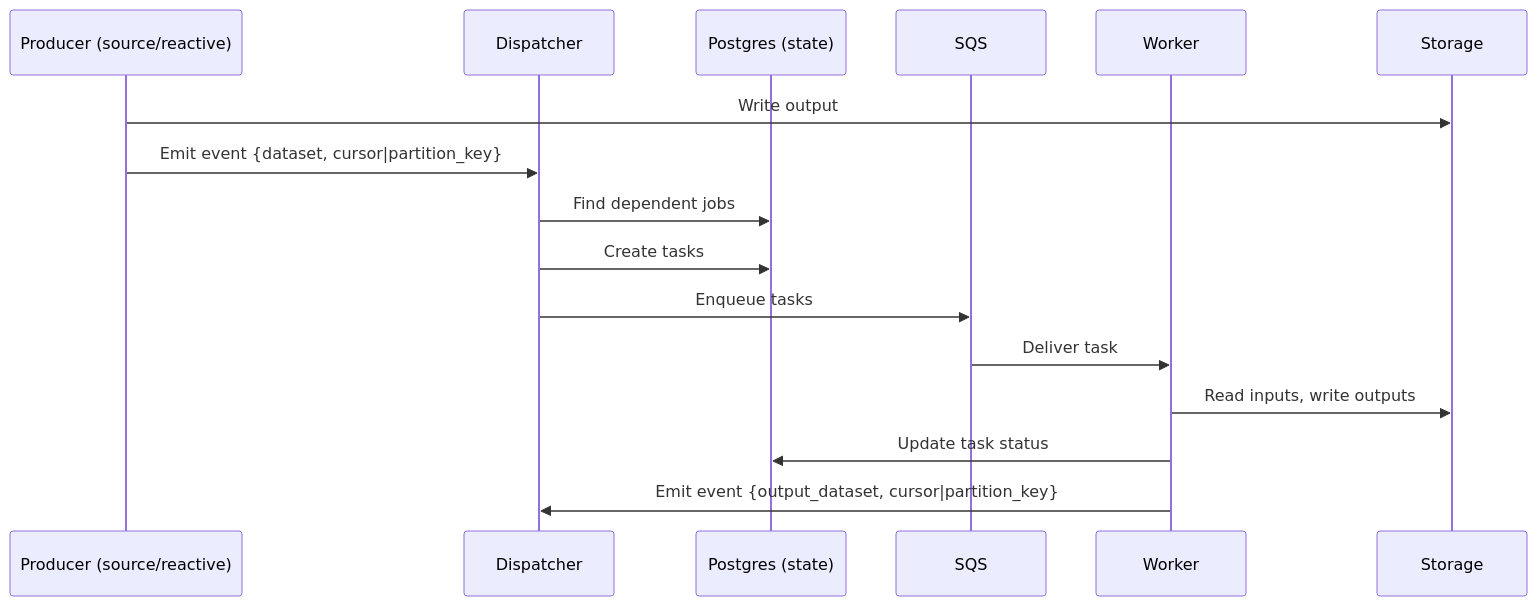
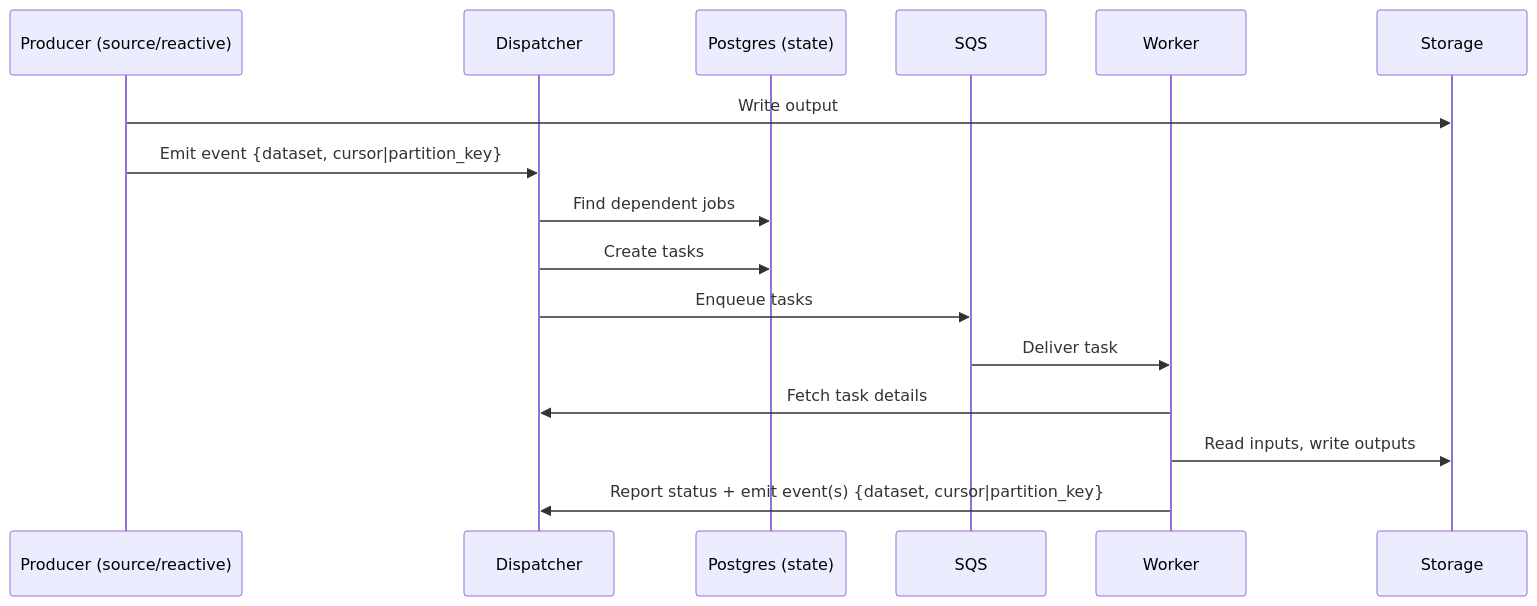
Before and after one commit to c7121/trace: the third of 4 diagrams in docs/architecture/data_versioning.md, drawn with Mermaid. The commit also changed other lines of this file and 28 other files, not shown here.

````diff
--- a/docs/architecture/data_versioning.md
+++ b/docs/architecture/data_versioning.md
@@ -316,19 +316,19 @@
 ```mermaid
 sequenceDiagram
     participant P as Producer (source/reactive)
     participant D as Dispatcher
     participant PG as Postgres (state)
     participant Q as SQS
     participant W as Worker
     participant S as Storage
 
     P->>S: Write output
     P->>D: Emit event {dataset, cursor|partition_key}
     D->>PG: Find dependent jobs
     D->>PG: Create tasks
     D->>Q: Enqueue tasks
     Q->>W: Deliver task
+    W->>D: Fetch task details
     W->>S: Read inputs, write outputs
-    W->>PG: Update task status
-    W->>D: Emit event {output_dataset, cursor|partition_key}
+    W->>D: Report status + emit event(s) {dataset, cursor|partition_key}
 ```
````
